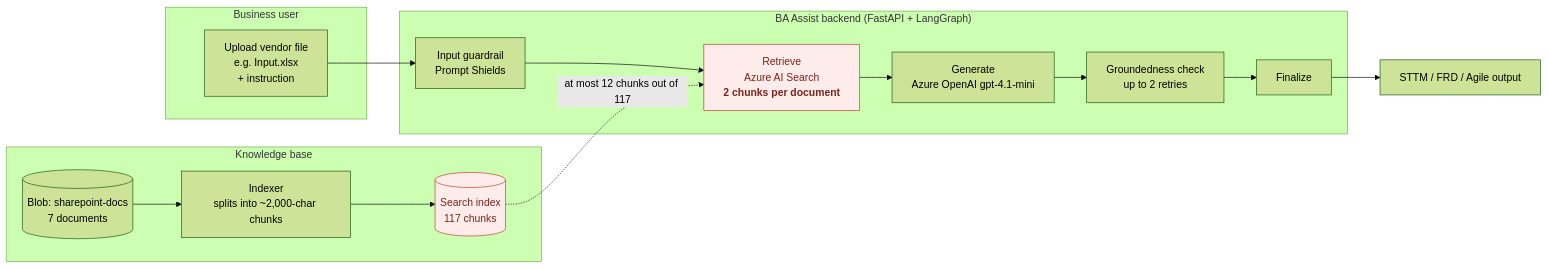
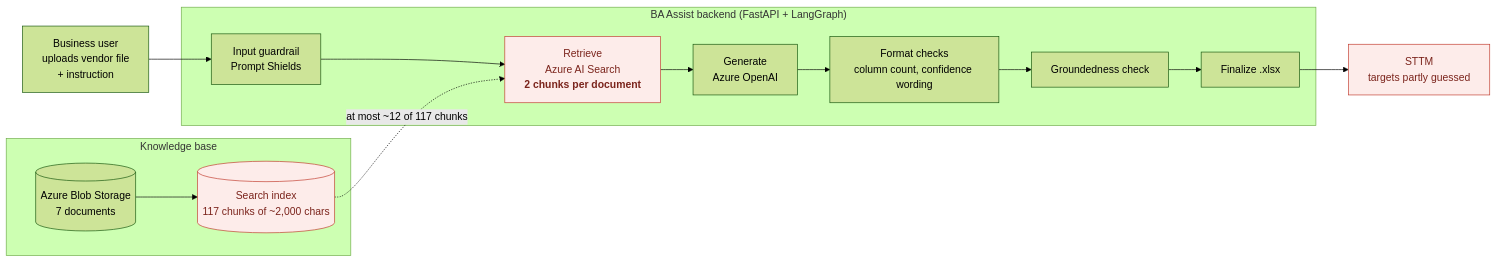
Before and after one commit to oterademoacrisure/P_Backend_FastAPI_Azure: the first of 6 diagrams in ontology.md, drawn with Mermaid (forest theme). The commit also changed other lines of this file, not shown here.

````diff
--- a/ontology.md
+++ b/ontology.md
@@ -25,29 +37,27 @@
 ```mermaid
 flowchart LR
-    subgraph User["Business user"]
-        U[Upload vendor file<br/>e.g. Input.xlsx<br/>+ instruction]
-    end
+    U["Business user<br/>uploads vendor file<br/>+ instruction"]
 
     subgraph API["BA Assist backend (FastAPI + LangGraph)"]
-        G[Input guardrail<br/>Prompt Shields]
-        R[Retrieve<br/>Azure AI Search<br/><b>2 chunks per document</b>]
-        GEN[Generate<br/>Azure OpenAI gpt-4.1-mini]
-        GC[Groundedness check<br/>up to 2 retries]
-        F[Finalize]
+        G["Input guardrail<br/>Prompt Shields"]
+        R["Retrieve<br/>Azure AI Search<br/><b>2 chunks per document</b>"]
+        GEN["Generate<br/>Azure OpenAI"]
+        FIX["Format checks<br/>column count, confidence wording"]
+        GC["Groundedness check"]
+        F["Finalize .xlsx"]
     end
 
     subgraph KB["Knowledge base"]
-        B[(Blob: sharepoint-docs<br/>7 documents)]
-        IX[Indexer<br/>splits into ~2,000-char chunks]
-        S[(Search index<br/>117 chunks)]
+        B[("Azure Blob Storage<br/>7 documents")]
+        S[("Search index<br/>117 chunks of ~2,000 chars")]
     end
 
-    O[STTM / FRD / Agile output]
+    O["STTM<br/>targets partly guessed"]
 
-    U --> G --> R --> GEN --> GC --> F --> O
-    B --> IX --> S
-    S -. "at most 12 chunks out of 117" .-> R
+    U --> G --> R --> GEN --> FIX --> GC --> F --> O
+    B --> S
+    S -. "at most ~12 of 117 chunks" .-> R
 
     classDef gap fill:#fdecea,stroke:#c0392b,color:#7b241c;
-    class R,S gap;
+    class R,S,O gap;
 ```
````
